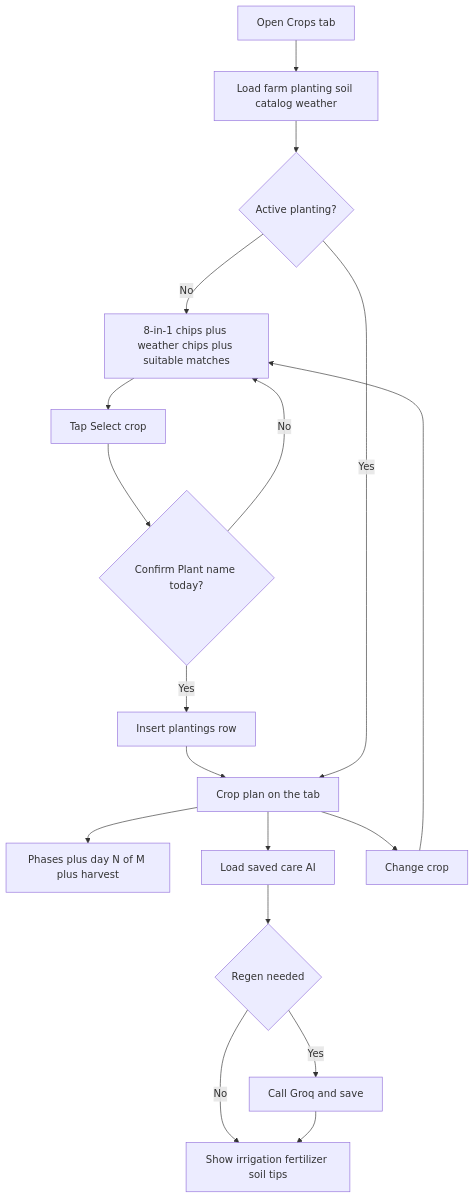
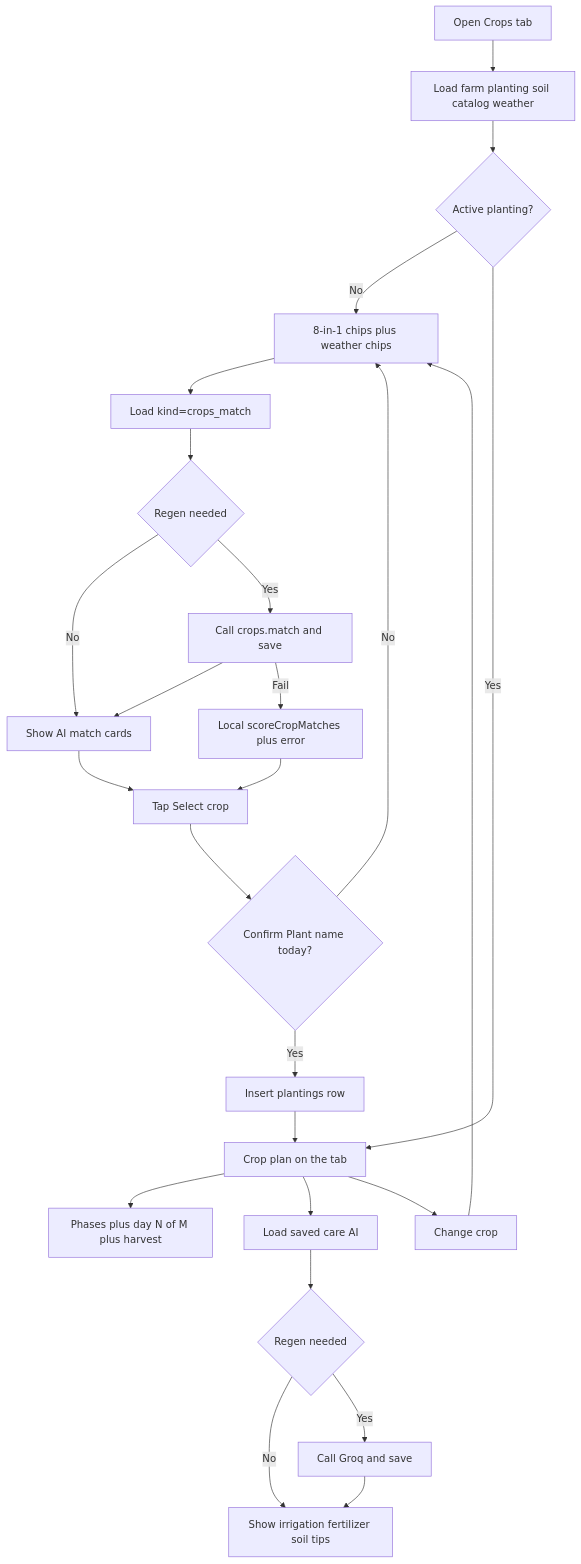
The diagram in docs/pages/crops.md (markjoelalcaraz/SoilGood), drawn with Mermaid before and after one commit. The commit also changed other lines of this file and 313 other files, not shown here.

````diff
--- a/docs/pages/crops.md
+++ b/docs/pages/crops.md
@@ -71,20 +151,53 @@
 ```mermaid
+
 flowchart TD
+
   A[Open Crops tab] --> B[Load farm planting soil catalog weather]
+
   B --> C{Active planting?}
-  C -->|No| D[8-in-1 chips plus weather chips plus suitable matches]
-  D --> E[Tap Select crop]
+
+  C -->|No| D[8-in-1 chips plus weather chips]
+
+  D --> M1[Load kind=crops_match]
+
+  M1 --> M2{Regen needed}
+
+  M2 -->|No| M3[Show AI match cards]
+
+  M2 -->|Yes| M4[Call crops.match and save]
+
+  M4 --> M3
+
+  M4 -->|Fail| M5[Local scoreCropMatches plus error]
+
+  M5 --> E
+
+  M3 --> E[Tap Select crop]
+
   E --> E2{Confirm Plant name today?}
+
   E2 -->|No| D
+
   E2 -->|Yes| F[Insert plantings row]
+
   F --> G[Crop plan on the tab]
+
   C -->|Yes| G
+
   G --> H[Phases plus day N of M plus harvest]
+
   G --> I[Load saved care AI]
+
   I --> J{Regen needed}
+
   J -->|No| K[Show irrigation fertilizer soil tips]
+
   J -->|Yes| L[Call Groq and save]
+
   L --> K
+
   G --> M[Change crop]
+
   M --> D
+
 ```
````
